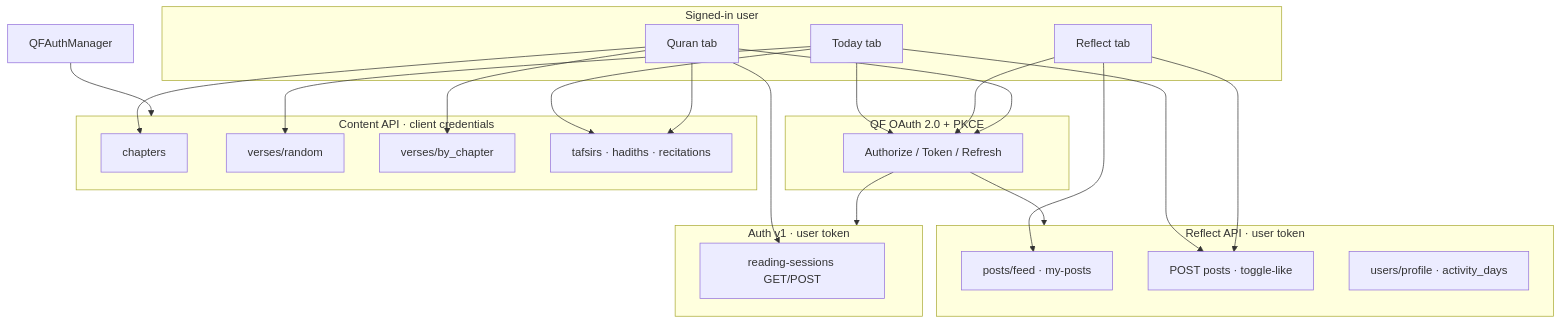
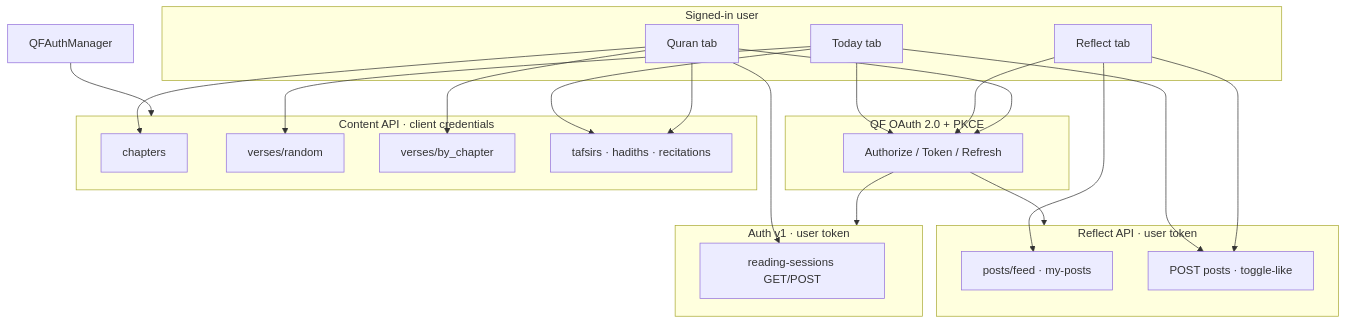
Before and after one commit to elmeeee/Qalbu-Android-App: the diagram in iosApp/README.md, drawn with Mermaid. The commit also changed other lines of this file and 3 other files, not shown here.

````diff
--- a/iosApp/README.md
+++ b/iosApp/README.md
@@ -208,45 +202,44 @@
 ```mermaid
 flowchart TB
     subgraph User["Signed-in user"]
         Today[Today tab]
         Reflect[Reflect tab]
         Quran[Quran tab]
     end
 
     subgraph OAuth["QF OAuth 2.0 + PKCE"]
         Auth[Authorize / Token / Refresh]
     end
 
     subgraph Content["Content API · client credentials"]
         C1[chapters]
         C2[verses/random]
         C3[verses/by_chapter]
         C4[tafsirs · hadiths · recitations]
     end
 
     subgraph ReflectAPI["Reflect API · user token"]
         R1[posts/feed · my-posts]
         R2[POST posts · toggle-like]
-        R3[users/profile · activity_days]
     end
 
     subgraph AuthV1["Auth v1 · user token"]
         A1[reading-sessions GET/POST]
     end
 
     Today --> C2
     Today --> C4
     Today --> R2
     Reflect --> R1
     Reflect --> R2
     Quran --> C1
     Quran --> C3
     Quran --> C4
     Quran --> A1
     Today --> Auth
     Reflect --> Auth
     Quran --> Auth
     Auth --> ReflectAPI
     Auth --> AuthV1
     QFAuth[QFAuthManager] --> Content
 ```
````
